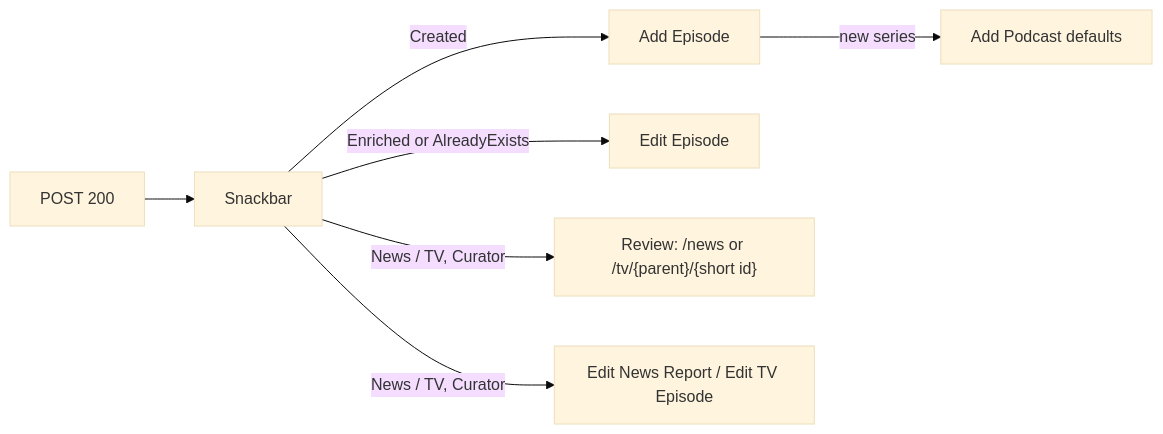
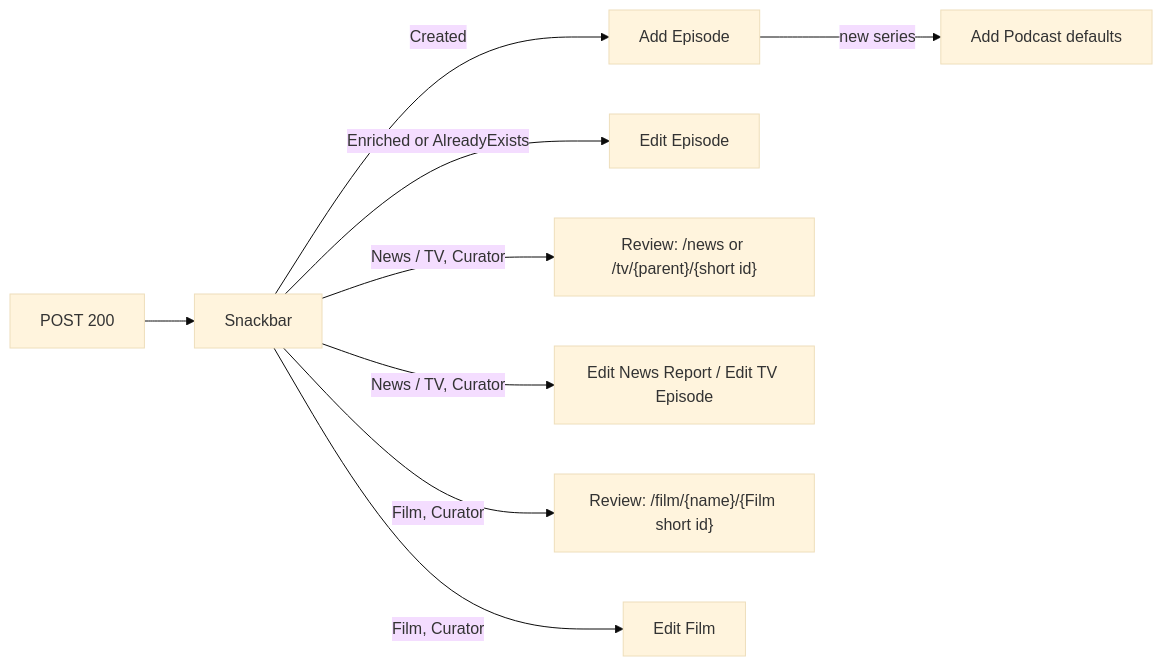
One commit to cultpodcasts/website changed the eighth of 11 diagrams in cultpodcasts/docs/submit-url-flows.md. Above: the diagram before and after it, drawn with Mermaid (base theme). The commit also changed other lines of this file and 36 other files, not shown here.

First line of the commit message:
Film curator edit dialog (tabbed like news/TV), film page Edit, review row and submit Review/Edit (1.19.0) (#537)

````diff
--- a/cultpodcasts/docs/submit-url-flows.md
+++ b/cultpodcasts/docs/submit-url-flows.md
@@ -152,9 +152,11 @@
 ```mermaid
 flowchart LR
   S[POST 200] --> SB[Snackbar]
   SB -->|Created| AE[Add Episode]
   SB -->|Enriched or AlreadyExists| EE[Edit Episode]
   AE -->|new series| AP[Add Podcast defaults]
   SB -->|News / TV, Curator| CR["Review: /news or /tv/{parent}/{short id}"]
   SB -->|News / TV, Curator| CE[Edit News Report / Edit TV Episode]
+  SB -->|Film, Curator| FR["Review: /film/{name}/{Film short id}"]
+  SB -->|Film, Curator| FE[Edit Film]
 ```
````
